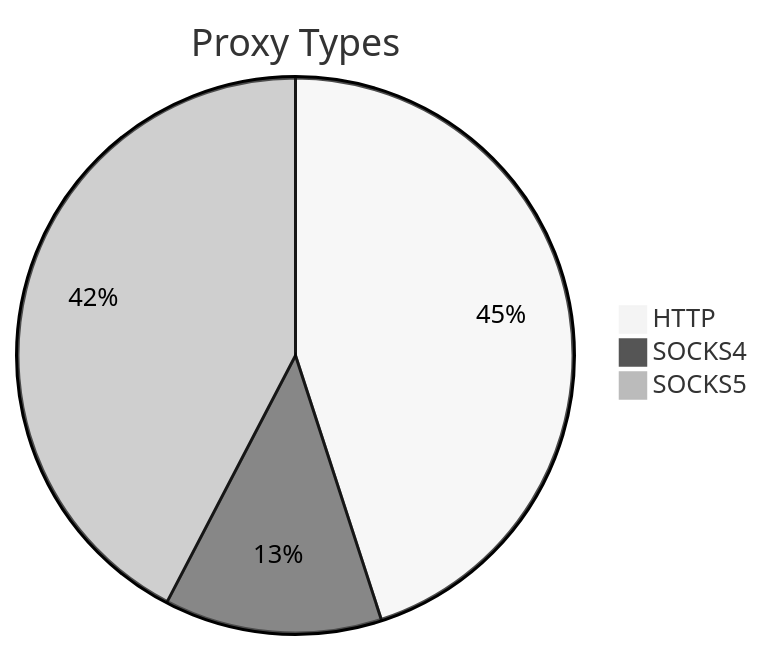
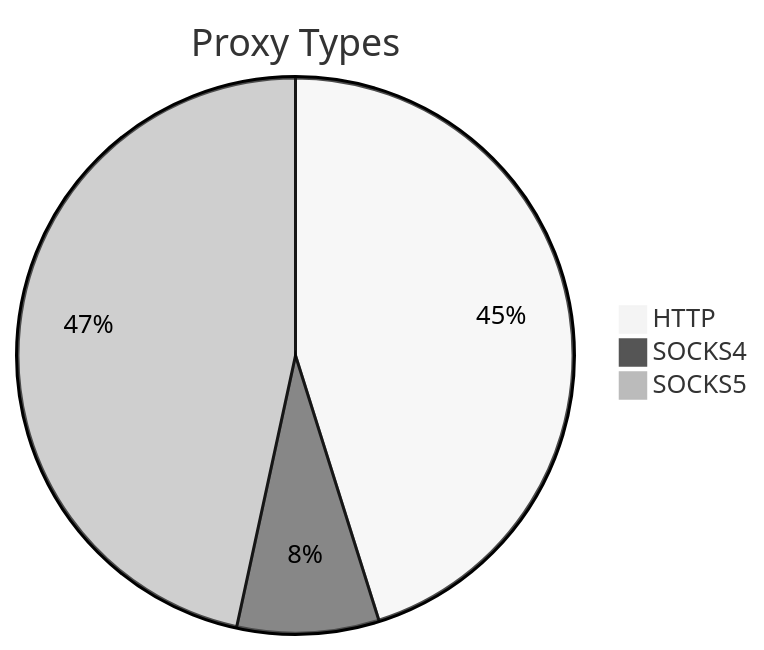
Before and after one commit to stormsia/proxy-list: the first of 2 diagrams in README.md, drawn with Mermaid (neutral theme). The commit also changed other lines of this file, not shown here.

````diff
--- a/README.md
+++ b/README.md
@@ -21,6 +21,6 @@
 ```mermaid
 pie title Proxy Types
-    "HTTP" : 153
-    "SOCKS4" : 43
-    "SOCKS5" : 144
+    "HTTP" : 93
+    "SOCKS4" : 17
+    "SOCKS5" : 96
 ```
````
